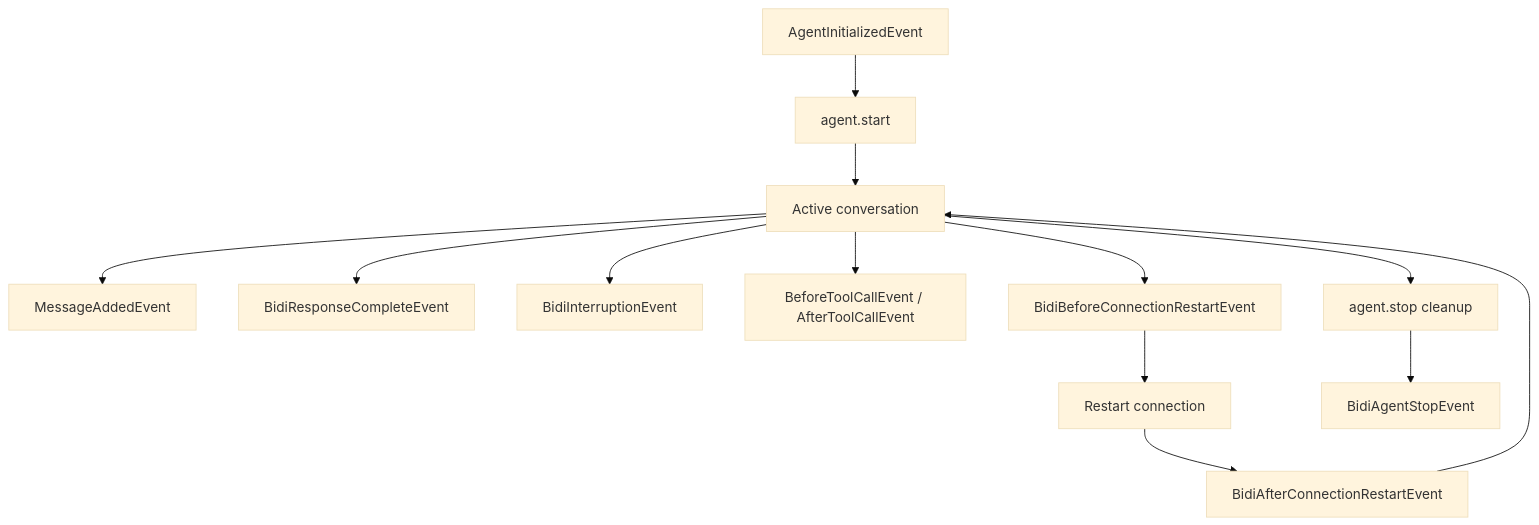
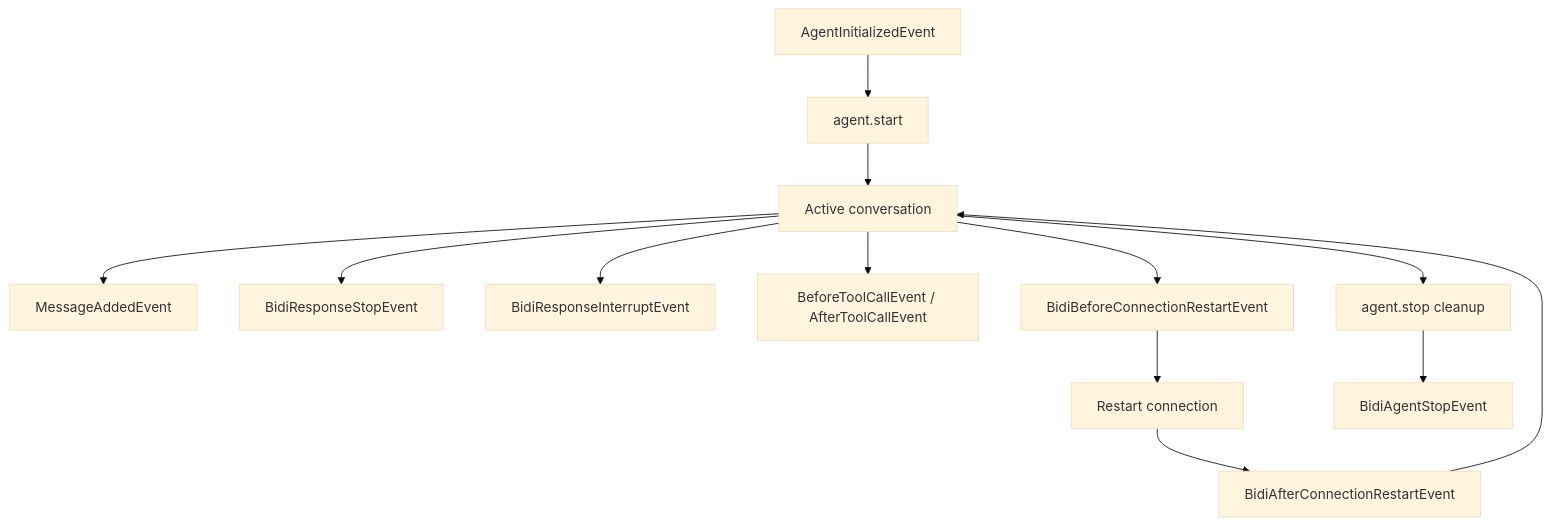
One commit to strands-agents/harness-sdk changed the diagram in site/src/content/docs/user-guide/concepts/bidirectional-streaming/hooks.mdx. Above: the diagram before and after it, drawn with Mermaid (base theme). The commit also changed other lines of this file and 43 other files, not shown here.

Commit message:
fix(bidi): align response boundaries and transcript history

````diff
--- a/site/src/content/docs/user-guide/concepts/bidirectional-streaming/hooks.mdx
+++ b/site/src/content/docs/user-guide/concepts/bidirectional-streaming/hooks.mdx
@@ -140,15 +155,15 @@
 ```mermaid
 flowchart TB
     Init[AgentInitializedEvent] --> Start[agent.start]
     Start --> Running[Active conversation]
     Running --> Message[MessageAddedEvent]
-    Running --> Response[BidiResponseCompleteEvent]
-    Running --> Interruption[BidiInterruptionEvent]
+    Running --> Response[BidiResponseStopEvent]
+    Running --> Interruption[BidiResponseInterruptEvent]
     Running --> Tools[BeforeToolCallEvent / AfterToolCallEvent]
     Running --> BeforeRestart[BidiBeforeConnectionRestartEvent]
     BeforeRestart --> Restart[Restart connection]
     Restart --> AfterRestart[BidiAfterConnectionRestartEvent]
     AfterRestart --> Running
     Running --> Stop[agent.stop cleanup]
     Stop --> Stopped[BidiAgentStopEvent]
 ```
````
